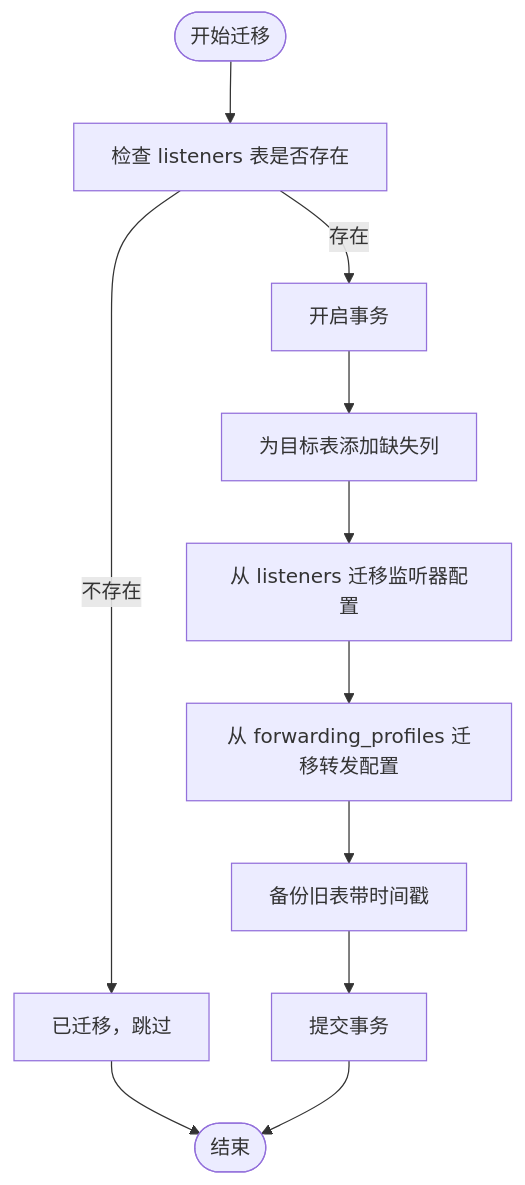
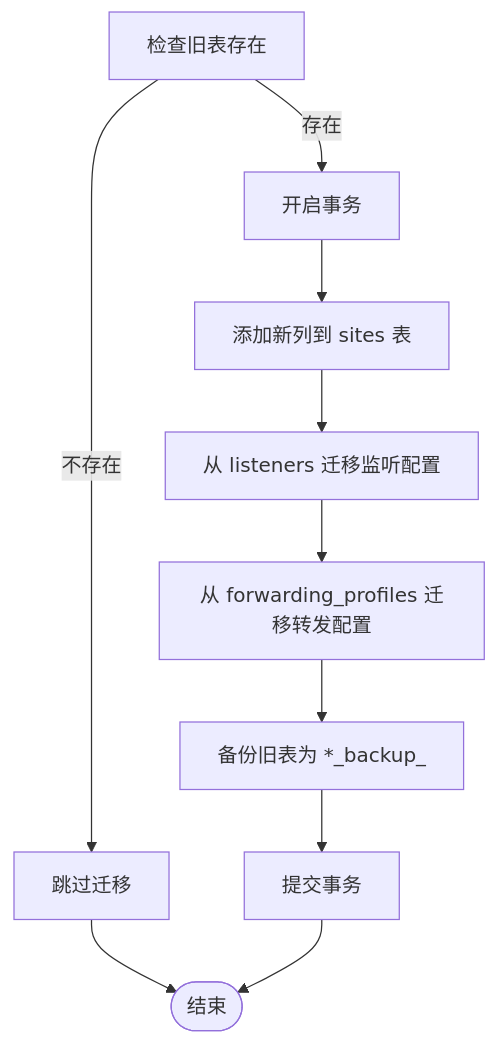
The fourth of 7 diagrams in docs/数据存储层/数据迁移管理.md (x01n/My-OpenWaf), drawn with Mermaid before and after one commit. The commit also changed other lines of this file and 199 other files, not shown here.

````diff
--- a/docs/数据存储层/数据迁移管理.md
+++ b/docs/数据存储层/数据迁移管理.md
@@ -147,13 +171,12 @@
 ```mermaid
 flowchart TD
-Start(["开始迁移"]) --> Check["检查 listeners 表是否存在"]
-Check --> |不存在| Skip["已迁移，跳过"]
-Check --> |存在| Tx["开启事务"]
-Tx --> AddCols["为目标表添加缺失列"]
-AddCols --> MigrateL["从 listeners 迁移监听器配置"]
-MigrateL --> MigrateFP["从 forwarding_profiles 迁移转发配置"]
-MigrateFP --> Backup["备份旧表带时间戳"]
+A["检查旧表存在"] --> |不存在| Skip["跳过迁移"]
+A --> |存在| Tx["开启事务"]
+Tx --> AddCols["添加新列到 sites 表"]
+AddCols --> MigListen["从 listeners 迁移监听配置"]
+MigListen --> MigFP["从 forwarding_profiles 迁移转发配置"]
+MigFP --> Backup["备份旧表为 *_backup_<timestamp>"]
 Backup --> Commit["提交事务"]
 Skip --> End(["结束"])
 Commit --> End
 ```
````
